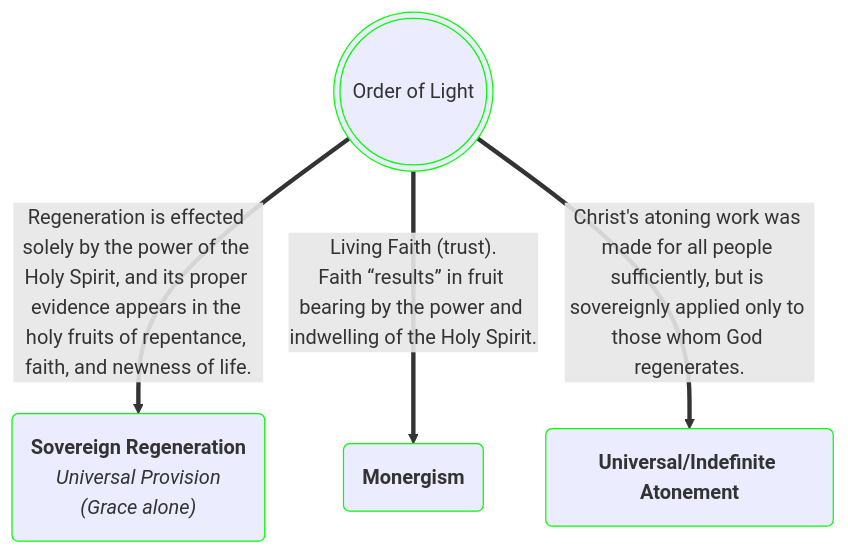
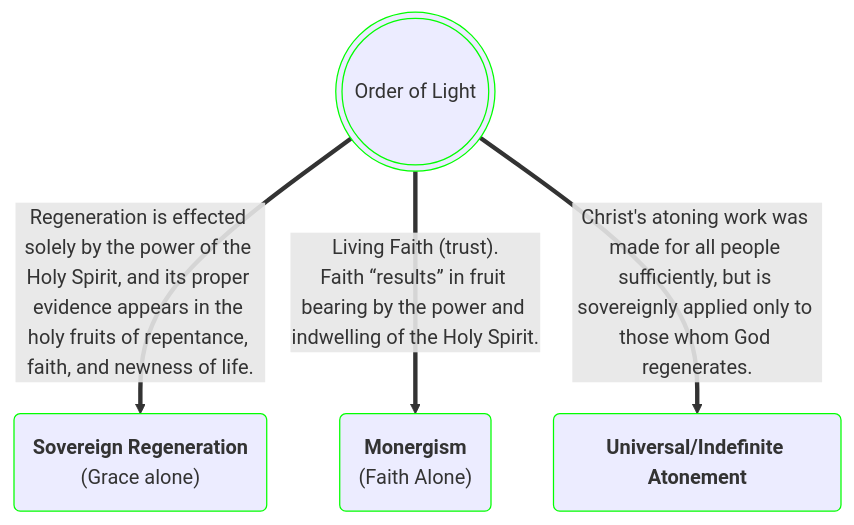
One commit to OrdoLuminis/ordoluminis.github.io changed the fifth of 5 diagrams in _posts/2025-08-03-historic-protestant-position.markdown. Above: the diagram before and after it, drawn with Mermaid. The commit also changed other lines of this file, not shown here.

````diff
--- a/_posts/2025-08-03-historic-protestant-position.markdown
+++ b/_posts/2025-08-03-historic-protestant-position.markdown
@@ -357,8 +362,8 @@
 ```mermaid
 flowchart TD
     A(((Order of Light))):::green
-    A ==>|Regeneration is effected solely by the power of the Holy Spirit, and its proper evidence appears in the holy fruits of repentance, faith, and newness of life.| B(<strong>Sovereign Regeneration</strong><br><em>Universal Provision<br>&lpar;Grace alone&rpar;</em>):::green
-    A ==>|Living Faith &lpar;trust&rpar;.<br>Faith &ldquo;results&rdquo; in fruit bearing by the power and indwelling of the Holy Spirit.| C(<strong>Monergism</strong>):::green
+    A ==>|Regeneration is effected solely by the power of the Holy Spirit, and its proper evidence appears in the holy fruits of repentance, faith, and newness of life.| B(<strong>Sovereign Regeneration</strong><br>&lpar;Grace alone&rpar;):::green
+    A ==>|Living Faith &lpar;trust&rpar;.<br>Faith &ldquo;results&rdquo; in fruit bearing by the power and indwelling of the Holy Spirit.| C(<strong>Monergism</strong><br>&lpar;Faith Alone&rpar;):::green
     A ==>|Christ's atoning work was made for all people sufficiently, but is sovereignly applied only to those whom God regenerates.| D(<strong>Universal&sol;Indefinite Atonement</strong>):::green
     classDef green stroke:#0f0
 ```
````
